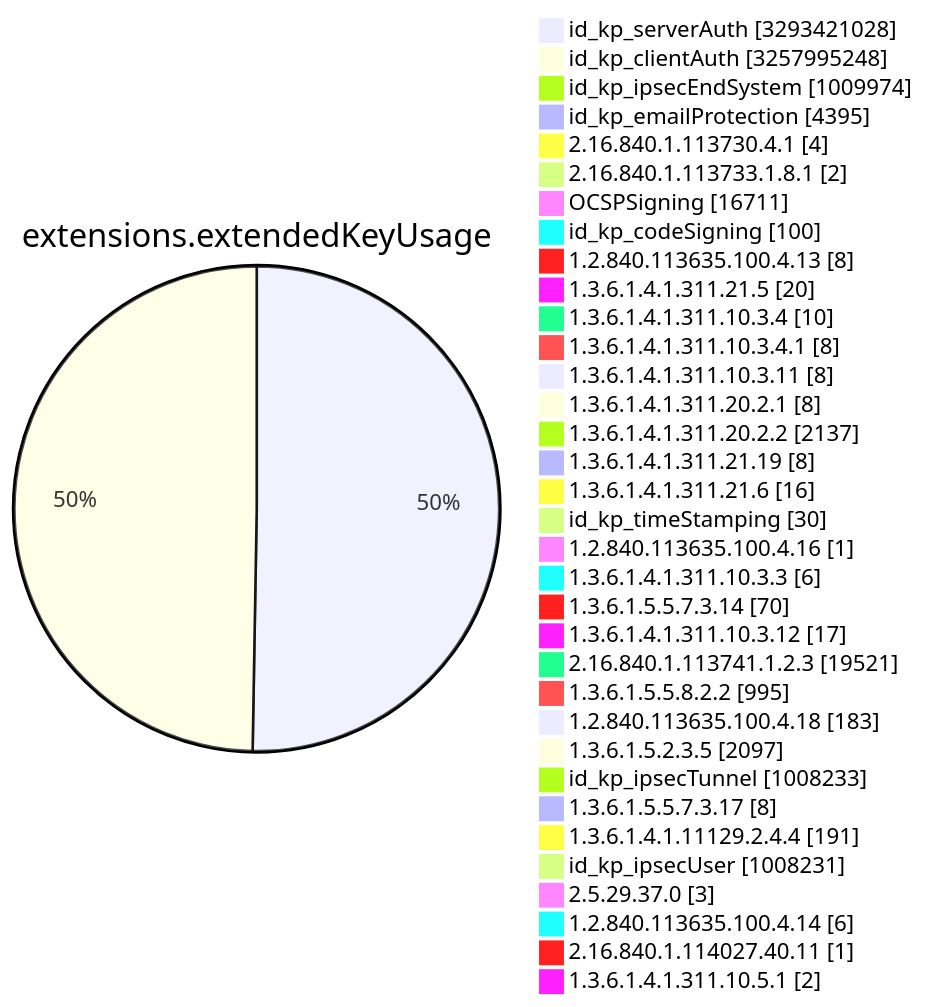
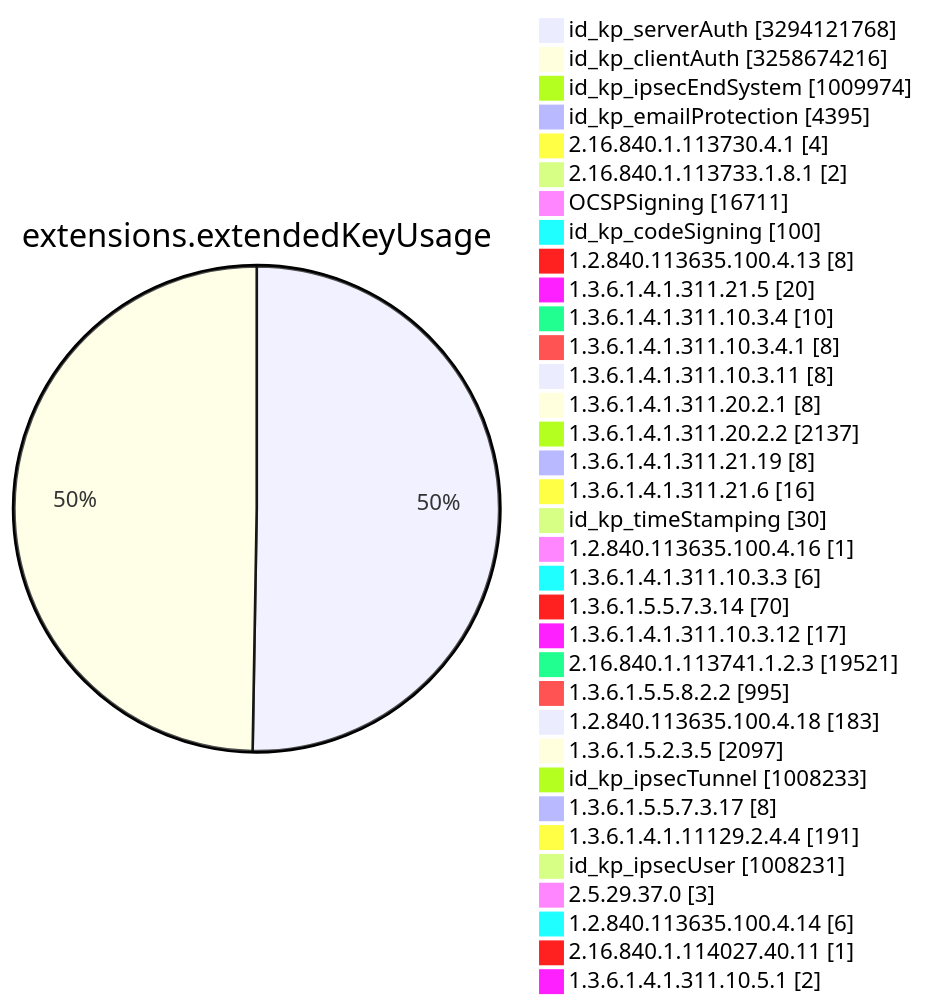
One commit to christiankrug/ctmonitor_visualization changed diagram 11 of 15 in TOTAL/README.md. Above: the diagram before and after it, drawn with Mermaid. The commit also changed other lines of this file, not shown here.

````diff
--- a/TOTAL/README.md
+++ b/TOTAL/README.md
@@ -4120,38 +4120,38 @@
 ```mermaid
 pie showData
 title extensions.extendedKeyUsage
-"id_kp_serverAuth" :3293421028
-"id_kp_clientAuth" :3257995248
+"id_kp_serverAuth" :3294121768
+"id_kp_clientAuth" :3258674216
 "id_kp_ipsecEndSystem" :1009974
 "id_kp_emailProtection" :4395
 "2.16.840.1.113730.4.1" :4
 "2.16.840.1.113733.1.8.1" :2
 "OCSPSigning" :16711
 "id_kp_codeSigning" :100
 "1.2.840.113635.100.4.13" :8
 "1.3.6.1.4.1.311.21.5" :20
 "1.3.6.1.4.1.311.10.3.4" :10
 "1.3.6.1.4.1.311.10.3.4.1" :8
 "1.3.6.1.4.1.311.10.3.11" :8
 "1.3.6.1.4.1.311.20.2.1" :8
 "1.3.6.1.4.1.311.20.2.2" :2137
 "1.3.6.1.4.1.311.21.19" :8
 "1.3.6.1.4.1.311.21.6" :16
 "id_kp_timeStamping" :30
 "1.2.840.113635.100.4.16" :1
 "1.3.6.1.4.1.311.10.3.3" :6
 "1.3.6.1.5.5.7.3.14" :70
 "1.3.6.1.4.1.311.10.3.12" :17
 "2.16.840.1.113741.1.2.3" :19521
 "1.3.6.1.5.5.8.2.2" :995
 "1.2.840.113635.100.4.18" :183
 "1.3.6.1.5.2.3.5" :2097
 "id_kp_ipsecTunnel" :1008233
 "1.3.6.1.5.5.7.3.17" :8
 "1.3.6.1.4.1.11129.2.4.4" :191
 "id_kp_ipsecUser" :1008231
 "2.5.29.37.0" :3
 "1.2.840.113635.100.4.14" :6
 "2.16.840.1.114027.40.11" :1
 "1.3.6.1.4.1.311.10.5.1" :2
 ```
````
